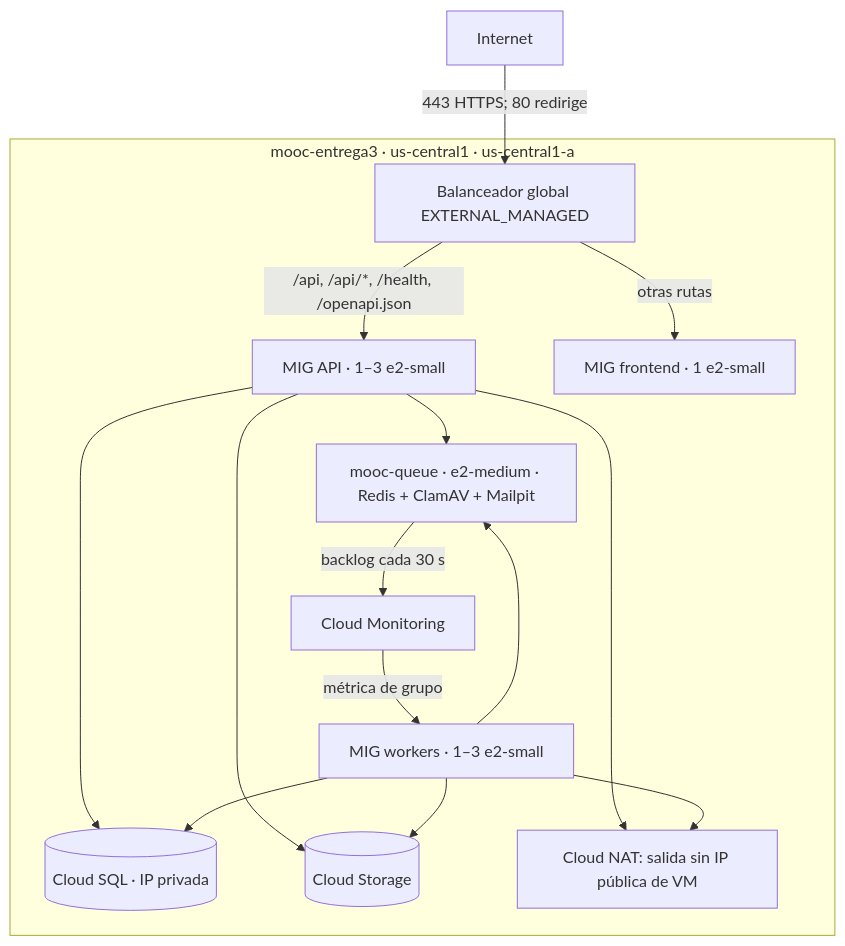
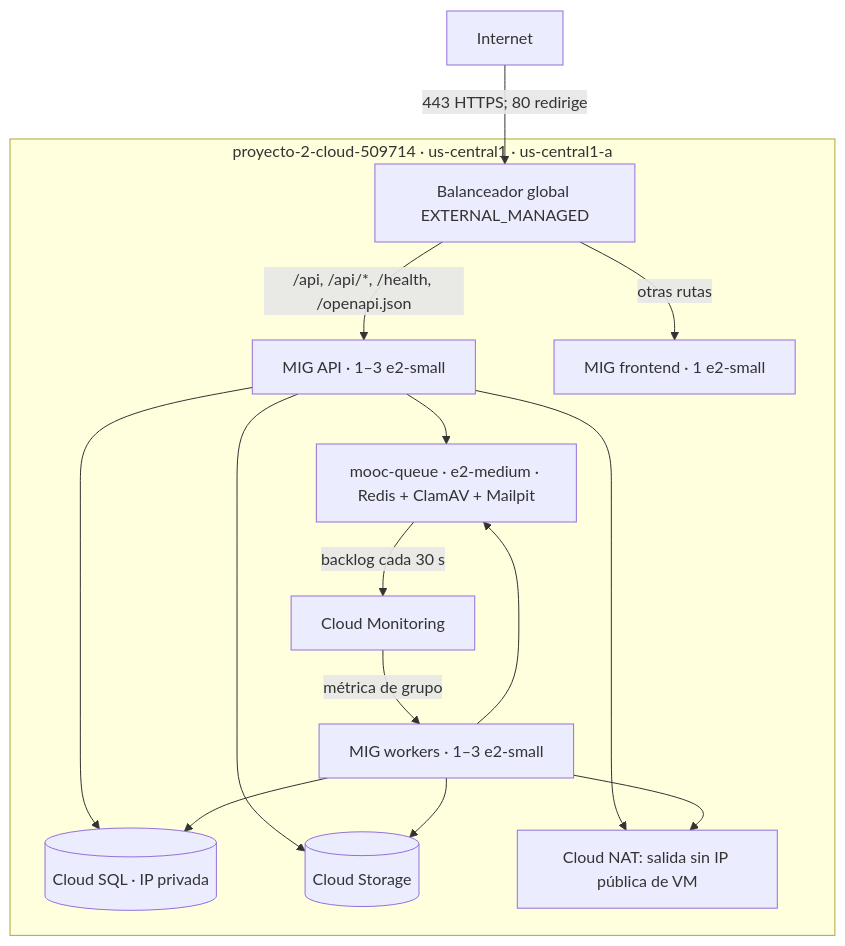
Before and after one commit to Cloud-Grupo8-202620/Proyecto-MOOC-Cloud: the second of 2 diagrams in docs/entrega3/arquitectura.md, drawn with Mermaid. The commit also changed other lines of this file and 8 other files, not shown here.

````diff
--- a/docs/entrega3/arquitectura.md
+++ b/docs/entrega3/arquitectura.md
@@ -25,18 +25,18 @@
 ```mermaid
 flowchart TB
   Internet -->|443 HTTPS; 80 redirige| LB[Balanceador global EXTERNAL_MANAGED]
-  subgraph GCP[mooc-entrega3 · us-central1 · us-central1-a]
+  subgraph GCP[proyecto-2-cloud-509714 · us-central1 · us-central1-a]
     LB -->|/api, /api/*, /health, /openapi.json| API[MIG API · 1–3 e2-small]
     LB -->|otras rutas| FE[MIG frontend · 1 e2-small]
     API --> Q[mooc-queue · e2-medium · Redis + ClamAV + Mailpit]
     W[MIG workers · 1–3 e2-small] --> Q
     API --> SQL[(Cloud SQL · IP privada)]
     W --> SQL
     API --> OBJ[(Cloud Storage)]
     W --> OBJ
     Q -->|backlog cada 30 s| MON[Cloud Monitoring]
     MON -->|métrica de grupo| W
     API --> NAT[Cloud NAT: salida sin IP pública de VM]
     W --> NAT
   end
 ```
````
